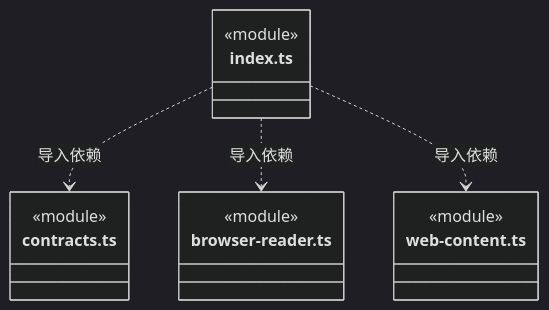
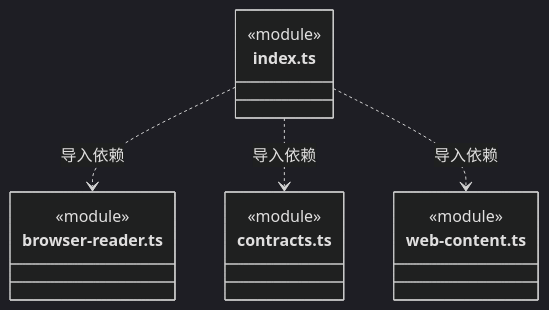
Before and after one commit to nan023062/cbim: the sixth of 6 diagrams in src/core/web/ARCHITECTURE.md, drawn with Mermaid (dark theme). The commit also changed other lines of this file and 112 other files, not shown here.

Commit message:
docs: align source architecture with current declarations and contracts

````diff
--- a/src/core/web/ARCHITECTURE.md
+++ b/src/core/web/ARCHITECTURE.md
@@ -133,18 +133,18 @@
 ```mermaid
 classDiagram
 class N_src_core_web_index_ts["index.ts"] {
   <<module>>
 }
-class N_src_core_web_contracts_ts["contracts.ts"] {
+class N_src_core_web_browser_reader_ts["browser-reader.ts"] {
   <<module>>
 }
-class N_src_core_web_browser_reader_ts["browser-reader.ts"] {
+class N_src_core_web_contracts_ts["contracts.ts"] {
   <<module>>
 }
 class N_src_core_web_web_content_ts["web-content.ts"] {
   <<module>>
 }
+N_src_core_web_index_ts ..> N_src_core_web_browser_reader_ts : 导入依赖
 N_src_core_web_index_ts ..> N_src_core_web_contracts_ts : 导入依赖
-N_src_core_web_index_ts ..> N_src_core_web_browser_reader_ts : 导入依赖
 N_src_core_web_index_ts ..> N_src_core_web_web_content_ts : 导入依赖
 ```
````
